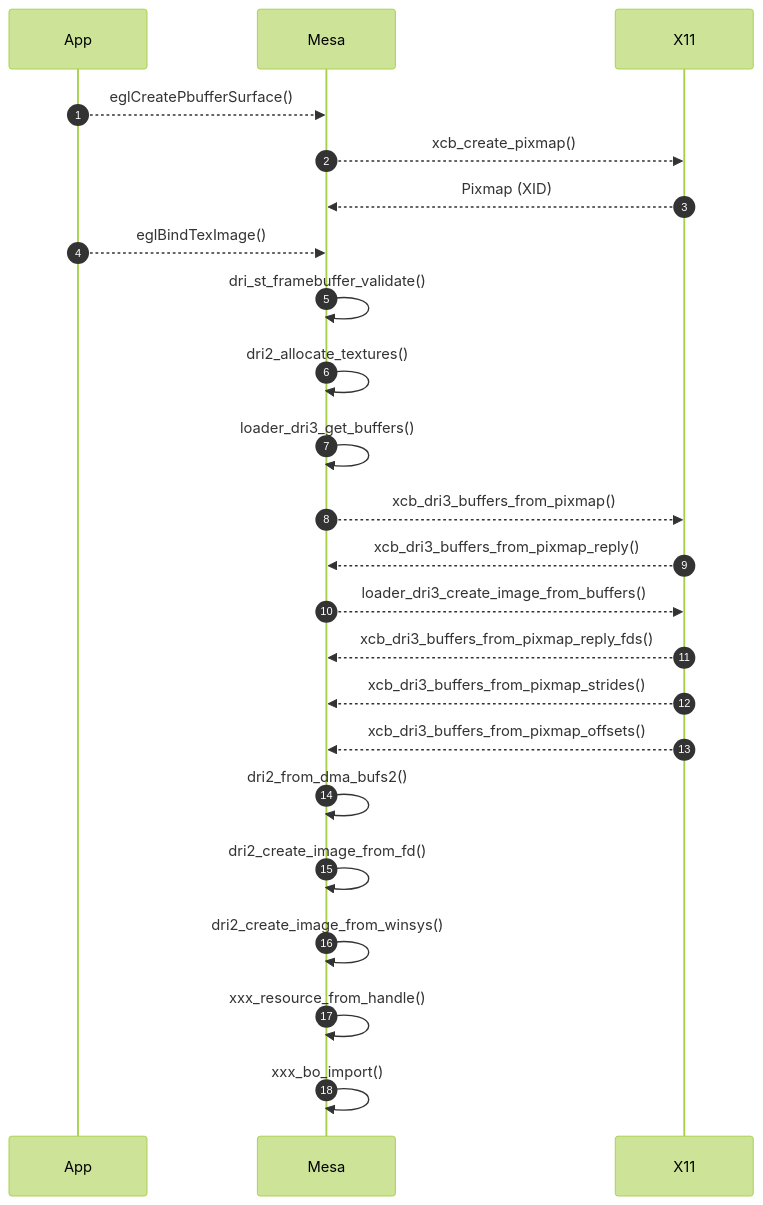
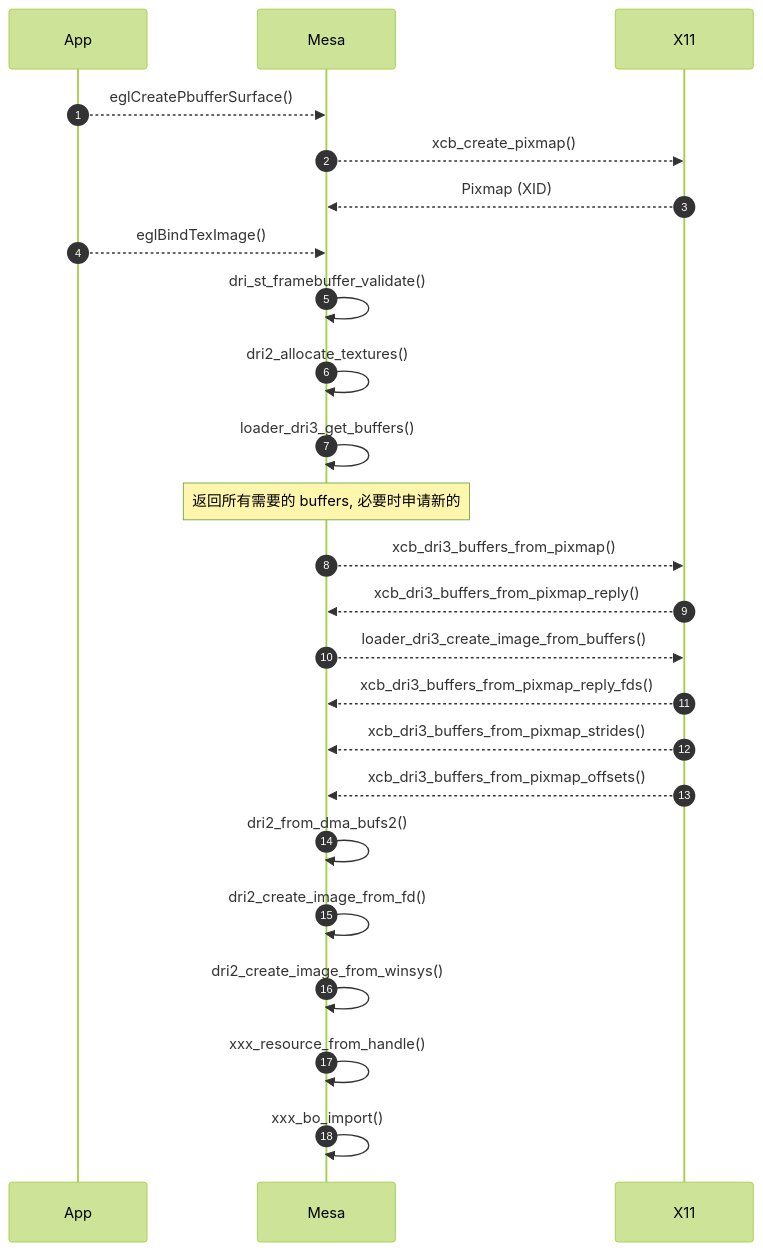
Before and after one commit to lucmann/lucmann.github.io: the diagram in source/_posts/gfx/dri.md, drawn with Mermaid (forest theme).

Commit message:
gfx: dri3_alloc_render_buffer

````diff
--- a/source/_posts/gfx/dri.md
+++ b/source/_posts/gfx/dri.md
@@ -30,26 +30,27 @@
 ```mermaid
 sequenceDiagram
     autonumber
     participant App
     participant Mesa
     participant X11
 
     App-->>Mesa: eglCreatePbufferSurface()
     Mesa-->>X11: xcb_create_pixmap()
     X11-->>Mesa: Pixmap (XID)
     App-->>Mesa: eglBindTexImage()
     Mesa->>Mesa: dri_st_framebuffer_validate()
     Mesa->>Mesa: dri2_allocate_textures()
     Mesa->>Mesa: loader_dri3_get_buffers()
+    Note over Mesa,Mesa: 返回所有需要的 buffers, 必要时申请新的
     Mesa-->>X11: xcb_dri3_buffers_from_pixmap()
     X11-->>Mesa: xcb_dri3_buffers_from_pixmap_reply()
     Mesa-->>X11: loader_dri3_create_image_from_buffers()
     X11-->>Mesa: xcb_dri3_buffers_from_pixmap_reply_fds()
     X11-->>Mesa: xcb_dri3_buffers_from_pixmap_strides()
     X11-->>Mesa: xcb_dri3_buffers_from_pixmap_offsets()
     Mesa->>Mesa: dri2_from_dma_bufs2()
     Mesa->>Mesa: dri2_create_image_from_fd()
     Mesa->>Mesa: dri2_create_image_from_winsys()
     Mesa->>Mesa: xxx_resource_from_handle()
     Mesa->>Mesa: xxx_bo_import()
 ```
````
